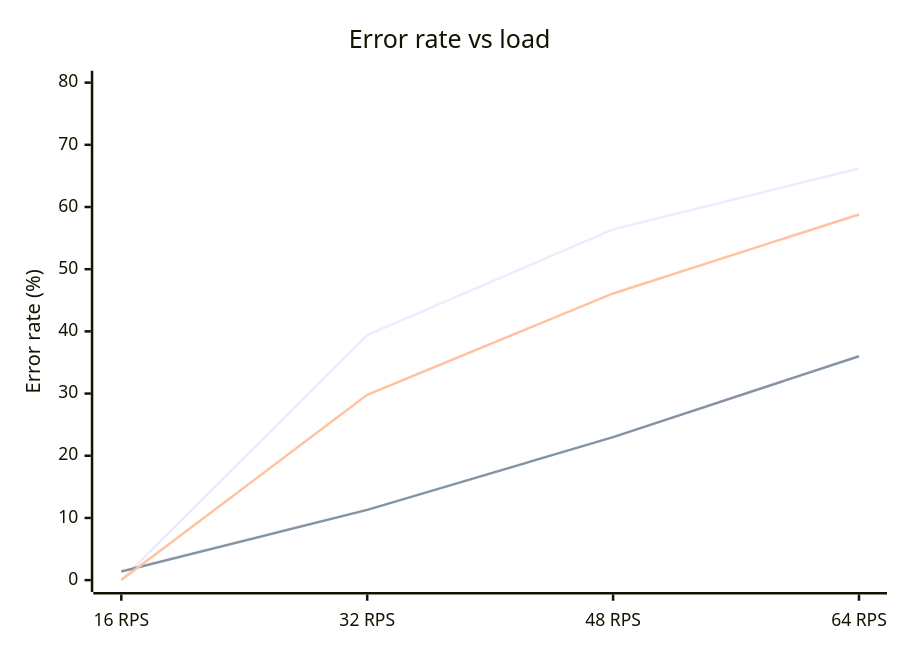
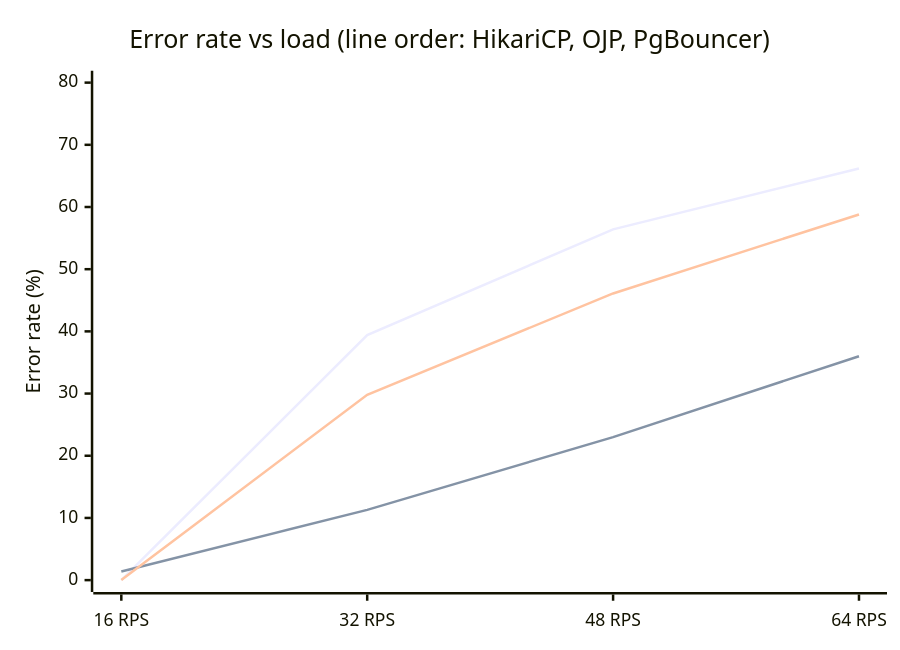
Before and after one commit to rrobetti/stressum: the third of 7 diagrams in article.md, drawn with Mermaid. The commit also changed other lines of this file, not shown here.

````diff
--- a/article.md
+++ b/article.md
@@ -61,9 +90,9 @@
 ```mermaid
 xychart-beta
-    title "Error rate vs load"
+    title "Error rate vs load (line order: HikariCP, OJP, PgBouncer)"
     x-axis ["16 RPS", "32 RPS", "48 RPS", "64 RPS"]
     y-axis "Error rate (%)" 0 --> 80
     line [0, 39.4, 56.4, 66.2]
     line [1.4, 11.3, 23.0, 36.0]
     line [0.01, 29.8, 46.1, 58.8]
 ```
````
